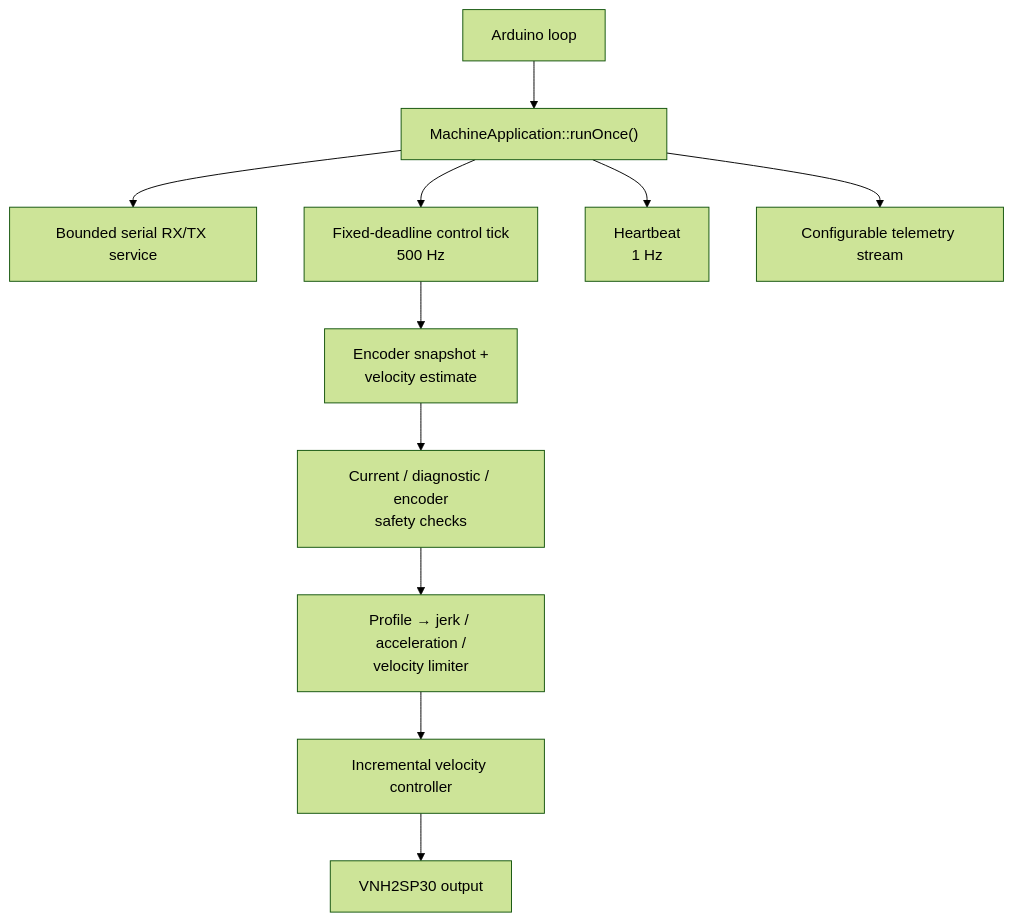
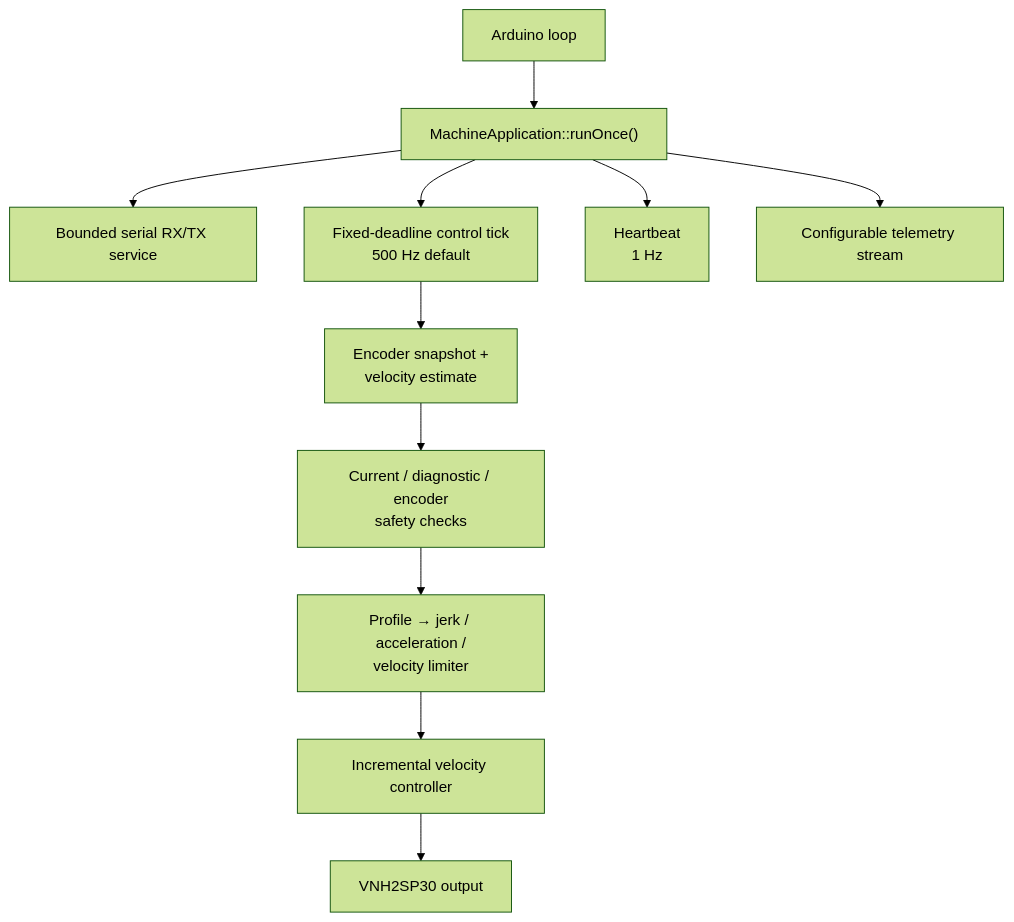
Before and after one commit to fxprime/mocking_machine: the first of 2 diagrams in docs/architecture.md, drawn with Mermaid (forest theme). The commit also changed other lines of this file and 7 other files, not shown here.

````diff
--- a/docs/architecture.md
+++ b/docs/architecture.md
@@ -24,13 +24,13 @@
 ```mermaid
 flowchart TB
     ARDUINO["Arduino loop"] --> APP["MachineApplication::runOnce()"]
     APP --> SERIAL["Bounded serial RX/TX service"]
-    APP --> TICK["Fixed-deadline control tick<br/>500 Hz"]
+    APP --> TICK["Fixed-deadline control tick<br/>500 Hz default"]
     TICK --> ENCODER["Encoder snapshot +<br/>velocity estimate"]
     ENCODER --> SAFETY["Current / diagnostic / encoder<br/>safety checks"]
     SAFETY --> LIMITER["Profile → jerk / acceleration /<br/>velocity limiter"]
     LIMITER --> CONTROLLER["Incremental velocity controller"]
     CONTROLLER --> DRIVER["VNH2SP30 output"]
     APP --> HEARTBEAT["Heartbeat<br/>1 Hz"]
     APP --> TELEMETRY["Configurable telemetry stream"]
 ```
````
